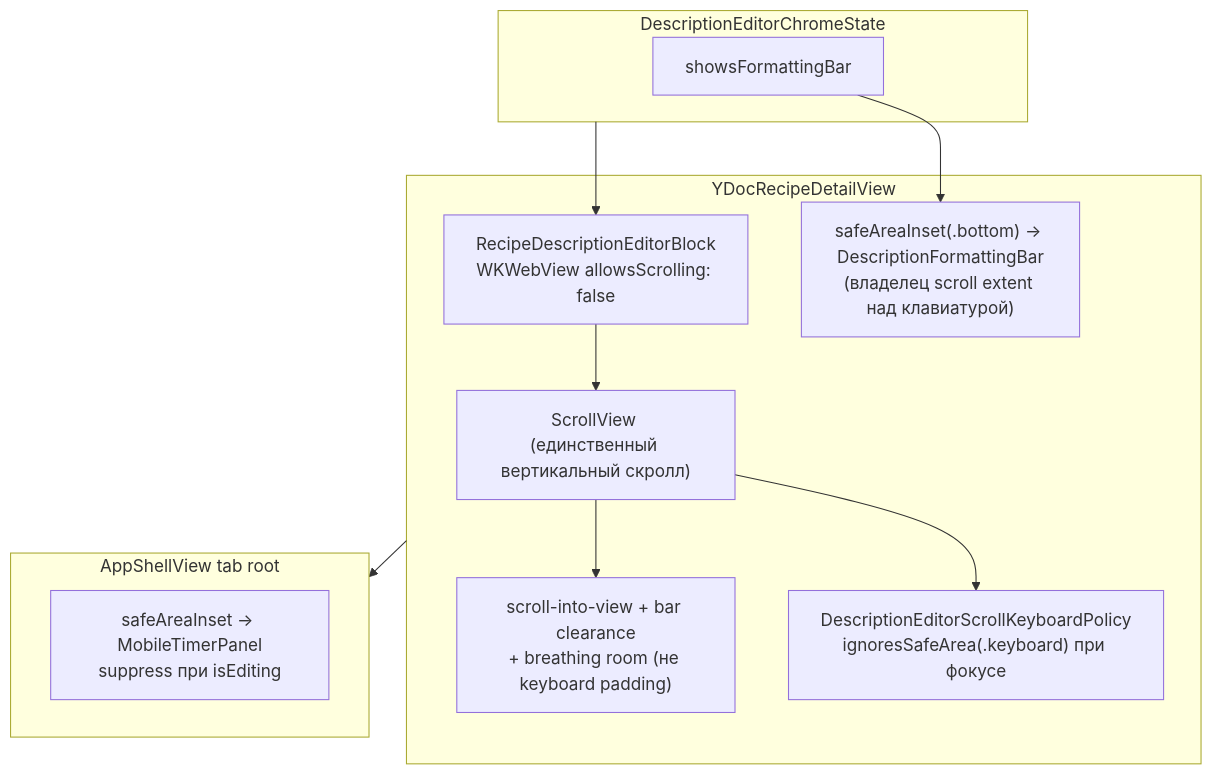
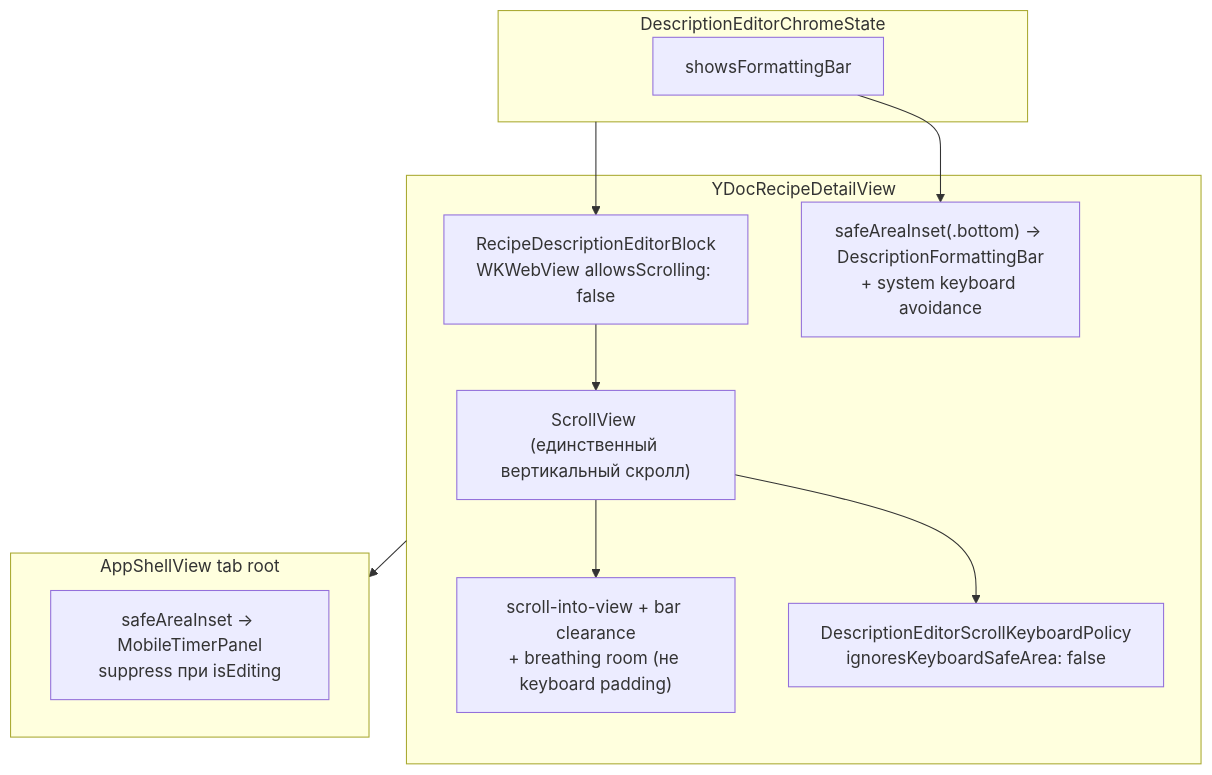
Before and after one commit to mikeozornin/recipe-scaler-native: the diagram in docs/UI.md, drawn with Mermaid. The commit also changed other lines of this file and 13 other files, not shown here.

First line of the commit message:
fix(ui): pin description editor above keyboard without gap

````diff
--- a/docs/UI.md
+++ b/docs/UI.md
@@ -215,22 +215,22 @@
 ```mermaid
 flowchart TB
     subgraph detail["YDocRecipeDetailView"]
         SV["ScrollView (единственный вертикальный скролл)"]
         RDE["RecipeDescriptionEditorBlock<br/>WKWebView allowsScrolling: false"]
         KBP["scroll-into-view + bar clearance<br/>+ breathing room (не keyboard padding)"]
-        KPOL["DescriptionEditorScrollKeyboardPolicy<br/>ignoresSafeArea(.keyboard) при фокусе"]
-        BAR["safeAreaInset(.bottom) → DescriptionFormattingBar<br/>(владелец scroll extent над клавиатурой)"]
+        KPOL["DescriptionEditorScrollKeyboardPolicy<br/>ignoresKeyboardSafeArea: false"]
+        BAR["safeAreaInset(.bottom) → DescriptionFormattingBar<br/>+ system keyboard avoidance"]
     end
     subgraph chrome["DescriptionEditorChromeState"]
         SHOW["showsFormattingBar"]
     end
     subgraph tab["AppShellView tab root"]
         TIMER["safeAreaInset → MobileTimerPanel<br/>suppress при isEditing"]
     end
     RDE --> SV
     SV --> KBP
     SV --> KPOL
     SHOW --> BAR
     chrome --> RDE
     detail --> tab
 ```
````
